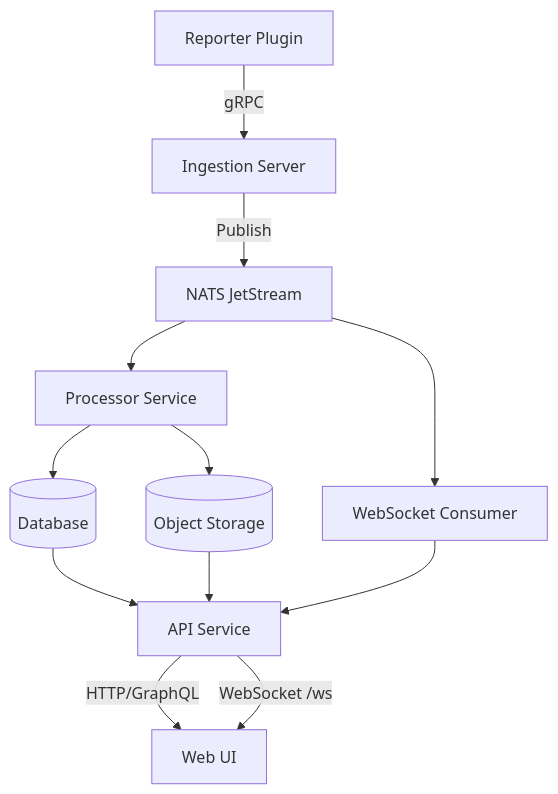
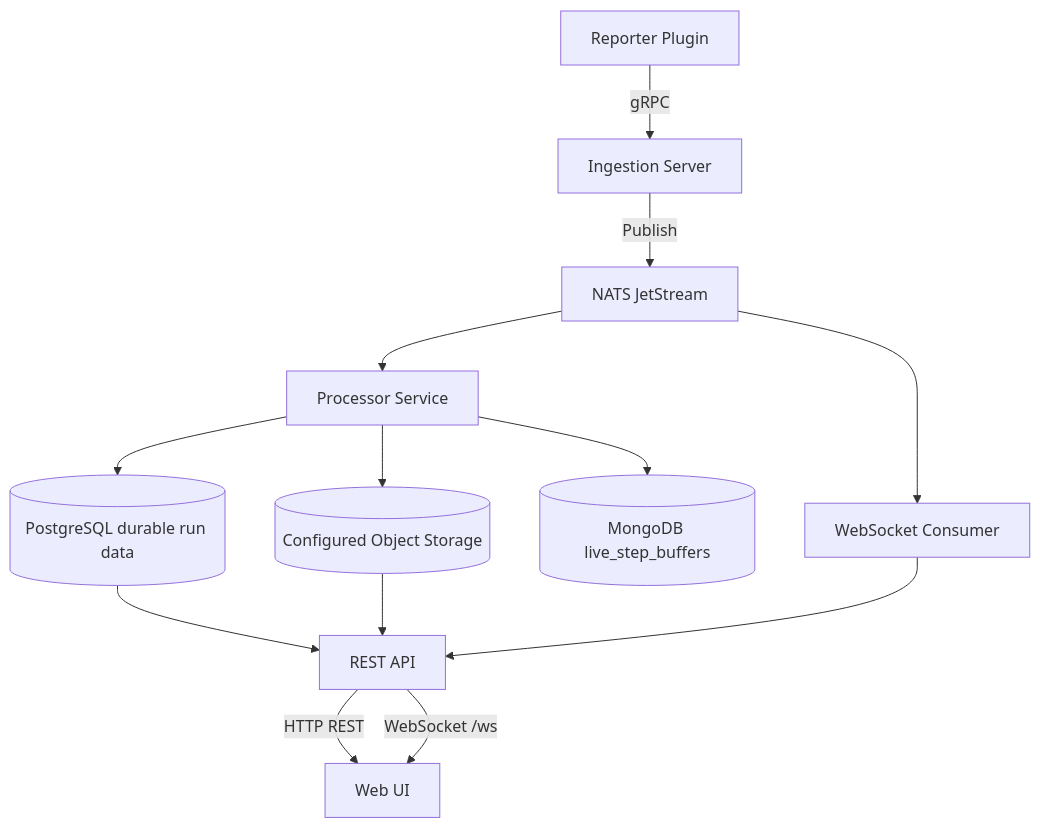
One commit to stanterprise/observer changed the diagram in docs/architecture/02-dataflow.md. Above: the diagram before and after it, drawn with Mermaid. The commit also changed other lines of this file and 57 other files, not shown here.

````diff
--- a/docs/architecture/02-dataflow.md
+++ b/docs/architecture/02-dataflow.md
@@ -3,14 +3,15 @@
 ```mermaid
 flowchart TD
   A[Reporter Plugin] -->|gRPC| B[Ingestion Server]
   B -->|Publish| C[NATS JetStream]
   C --> D[Processor Service]
   C --> I[WebSocket Consumer]
-  D --> E[(Database)]
-  D --> F[(Object Storage)]
-  E --> G[API Service]
+  D --> E[(PostgreSQL durable run data)]
+  D --> M[(MongoDB live_step_buffers)]
+  D --> F[(Configured Object Storage)]
+  E --> G[REST API]
   F --> G
   I --> G
-  G -->|HTTP/GraphQL| H[Web UI]
+  G -->|HTTP REST| H[Web UI]
   G -->|WebSocket /ws| H
 ```
````
